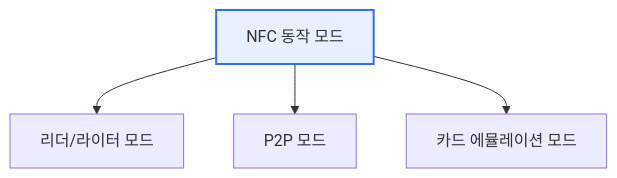
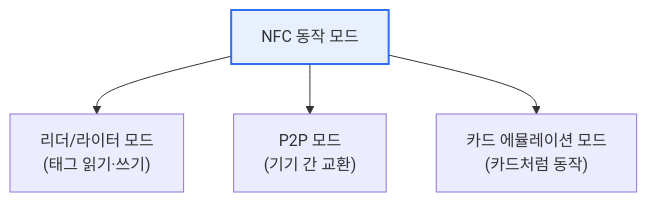
One commit to coninggu/wjdqhrhksflrltnftk changed the diagram in content/nfc.md. Above: the diagram before and after it, drawn with Mermaid. The commit also changed other lines of this file and 5 other files, not shown here.

````diff
--- a/content/nfc.md
+++ b/content/nfc.md
@@ -16,7 +15,7 @@
 ```mermaid
 flowchart TB
-  N[NFC 동작 모드] --> R[리더/라이터 모드]
-  N --> P[P2P 모드]
-  N --> C[카드 에뮬레이션 모드]
+  N[NFC 동작 모드] --> R["리더/라이터 모드<br/>(태그 읽기·쓰기)"]
+  N --> P["P2P 모드<br/>(기기 간 교환)"]
+  N --> C["카드 에뮬레이션 모드<br/>(카드처럼 동작)"]
   style N fill:#e8f0fe,stroke:#2f6fed,stroke-width:2px
 ```
````
